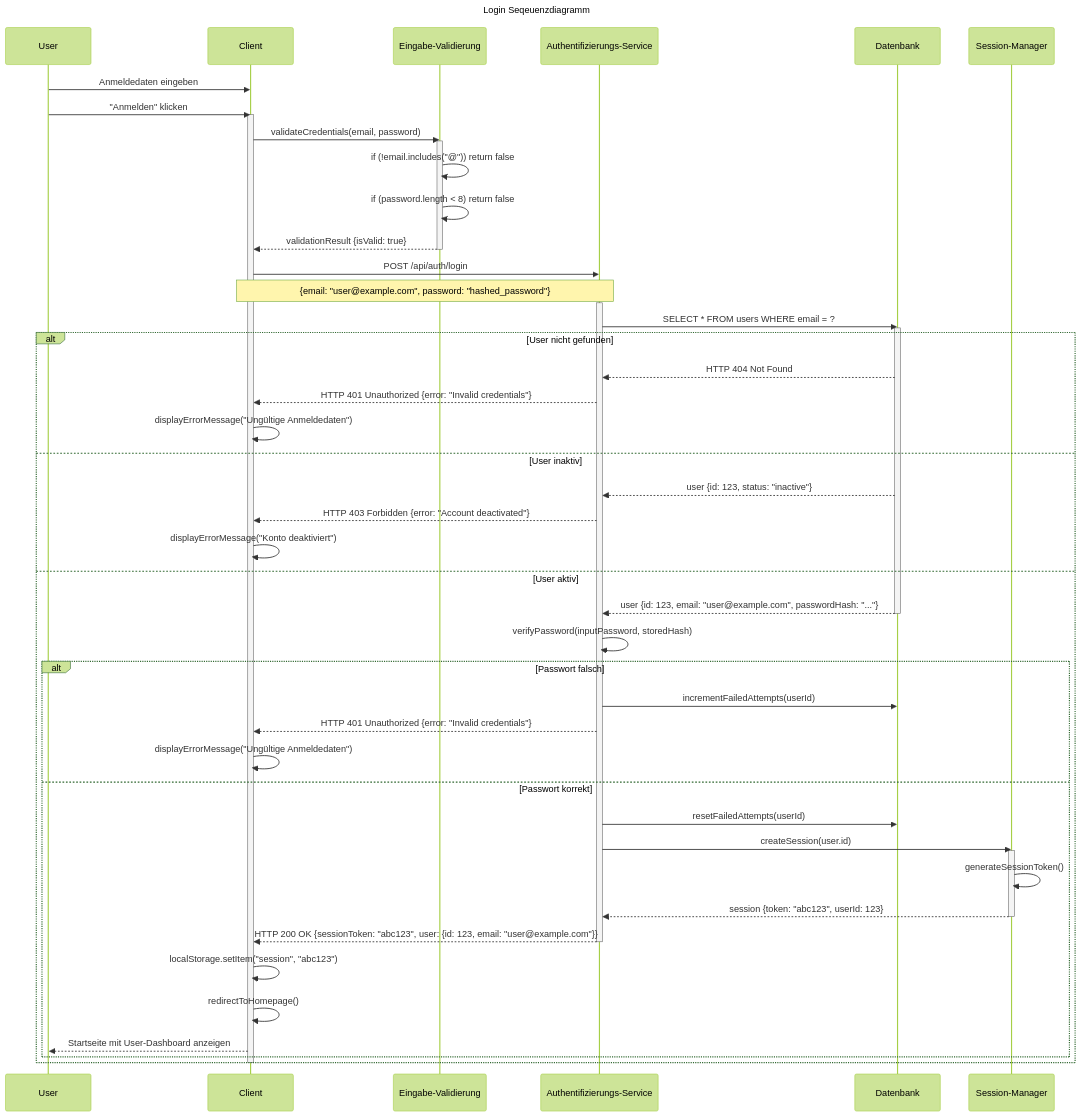
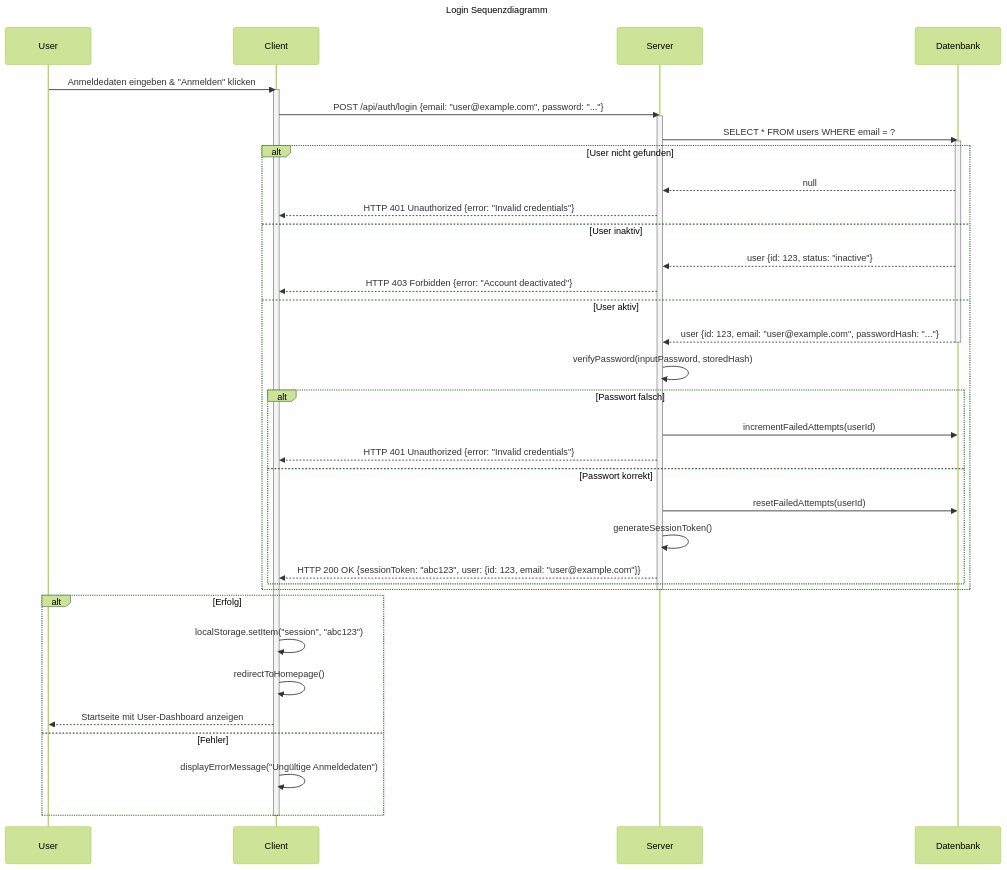
One commit to Hexfields-Studio/HexfieldsDominion-Artefacts changed the first of 2 diagrams in srs/account_management/login/login.md. Above: the diagram before and after it, drawn with Mermaid (forest theme). The commit also changed other lines of this file and 7 other files, not shown here.

Commit message:
Changed Sequence Diagrams, added logo to stand-in GitHub-Pages HTML

````diff
--- a/srs/account_management/login/login.md
+++ b/srs/account_management/login/login.md
@@ -29,66 +29,49 @@
 ```mermaid
 sequenceDiagram
-    title Login Seqeuenzdiagramm
+    title Login Sequenzdiagramm
 
     participant User
     participant Client
-    participant Valid as Eingabe-Validierung
-    participant Auth as Authentifizierungs-Service
-    participant DB as Datenbank
-    participant Sesh as Session-Manager
+    participant Server
+    participant Datenbank
 
-    User->>Client: Anmeldedaten eingeben
-    User->>Client: "Anmelden" klicken
+    User->>Client: Anmeldedaten eingeben & "Anmelden" klicken
     activate Client
     
-    Client->>Valid: validateCredentials(email, password)
-    activate Valid
-    Valid->>Valid: if (!email.includes("@")) return false
-    Valid->>Valid: if (password.length < 8) return false
-    Valid-->>Client: validationResult {isValid: true}
-    deactivate Valid
+    Client->>Server: POST /api/auth/login {email: "user@example.com", password: "..."}
+    activate Server
     
-    Client->>Auth: POST /api/auth/login
-    note over Client,Auth: {email: "user@example.com", password: "hashed_password"}
-    activate Auth
+    Server->>Datenbank: SELECT * FROM users WHERE email = ?
+    activate Datenbank
     
-    Auth->>DB: SELECT * FROM users WHERE email = ?
-    activate DB
     alt User nicht gefunden
-        DB-->>Auth: HTTP 404 Not Found
-        Auth-->>Client: HTTP 401 Unauthorized {error: "Invalid credentials"}
-        %%deactivate Auth
+        Datenbank-->>Server: null
+        Server-->>Client: HTTP 401 Unauthorized {error: "Invalid credentials"}
+    else User inaktiv
+        Datenbank-->>Server: user {id: 123, status: "inactive"}
+        Server-->>Client: HTTP 403 Forbidden {error: "Account deactivated"}
+    else User aktiv
+        Datenbank-->>Server: user {id: 123, email: "user@example.com", passwordHash: "..."}
+        deactivate Datenbank
+        
+        Server->>Server: verifyPassword(inputPassword, storedHash)
+        alt Passwort falsch
+            Server->>Datenbank: incrementFailedAttempts(userId)
+            Server-->>Client: HTTP 401 Unauthorized {error: "Invalid credentials"}
+        else Passwort korrekt
+            Server->>Datenbank: resetFailedAttempts(userId)
+            Server->>Server: generateSessionToken()
+            Server-->>Client: HTTP 200 OK {sessionToken: "abc123", user: {id: 123, email: "user@example.com"}}
+        end
+    end
+    deactivate Server
+    
+    alt Erfolg
+        Client->>Client: localStorage.setItem("session", "abc123")
+        Client->>Client: redirectToHomepage()
+        Client-->>User: Startseite mit User-Dashboard anzeigen
+    else Fehler
         Client->>Client: displayErrorMessage("Ungültige Anmeldedaten")
-    else User inaktiv
-        DB-->>Auth: user {id: 123, status: "inactive"}
-        Auth-->>Client: HTTP 403 Forbidden {error: "Account deactivated"}
-        %%deactivate Auth
-        Client->>Client: displayErrorMessage("Konto deaktiviert")
-    else User aktiv
-        DB-->>Auth: user {id: 123, email: "user@example.com", passwordHash: "..."}
-        deactivate DB
-        
-        Auth->>Auth: verifyPassword(inputPassword, storedHash)
-        alt Passwort falsch
-            Auth->>DB: incrementFailedAttempts(userId)
-            Auth-->>Client: HTTP 401 Unauthorized {error: "Invalid credentials"}
-            %%deactivate Auth
-            Client->>Client: displayErrorMessage("Ungültige Anmeldedaten")
-        else Passwort korrekt
-            Auth->>DB: resetFailedAttempts(userId)
-            Auth->>Sesh: createSession(user.id)
-            activate Sesh
-            Sesh->>Sesh: generateSessionToken()
-            Sesh-->>Auth: session {token: "abc123", userId: 123}
-            deactivate Sesh
-            
-            Auth-->>Client: HTTP 200 OK {sessionToken: "abc123", user: {id: 123, email: "user@example.com"}}
-            deactivate Auth
-            
-            Client->>Client: localStorage.setItem("session", "abc123")
-            Client->>Client: redirectToHomepage()
-            Client-->>User: Startseite mit User-Dashboard anzeigen
-        end
     end
     deactivate Client
 ```
````
